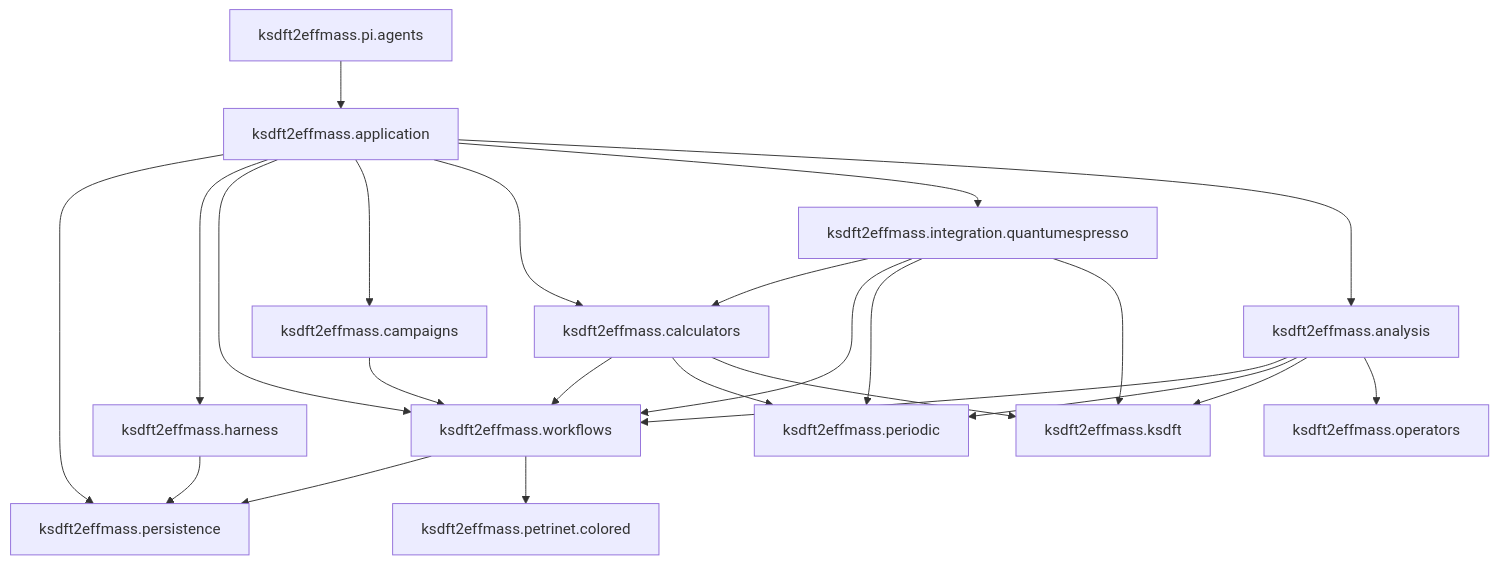
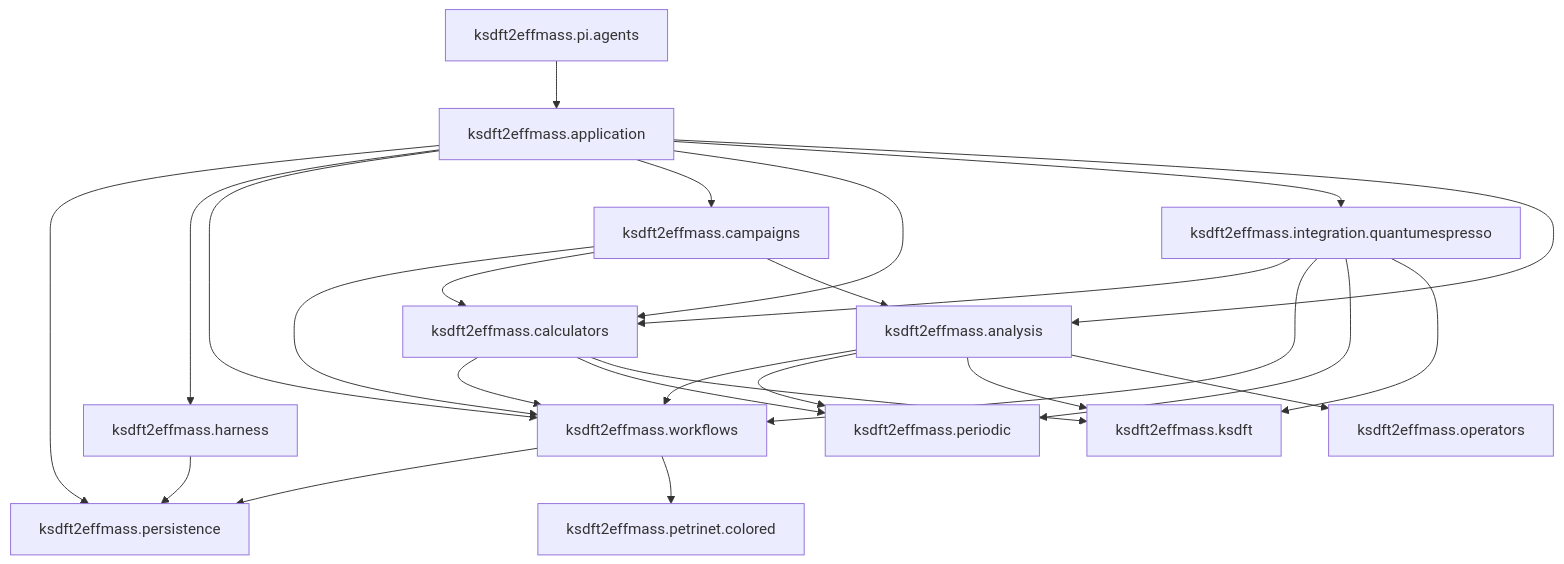
The diagram in docs/architecture/v2/repository-layout.md (eragasa/ksdft2effmass), drawn with Mermaid before and after one commit. The commit also changed other lines of this file and 29 other files, not shown here.

````diff
--- a/docs/architecture/v2/repository-layout.md
+++ b/docs/architecture/v2/repository-layout.md
@@ -89,28 +89,30 @@
 ```mermaid
 flowchart TD
     persistence["ksdft2effmass.persistence"]
     campaigns["ksdft2effmass.campaigns"] --> workflows["ksdft2effmass.workflows"]
+    campaigns --> calculators["ksdft2effmass.calculators"]
+    campaigns --> analysis["ksdft2effmass.analysis"]
     harness["ksdft2effmass.harness"] --> persistence
     workflows --> persistence
     workflows --> petrinet["ksdft2effmass.petrinet.colored"]
-    calculators["ksdft2effmass.calculators"] --> workflows
+    calculators --> workflows
     calculators --> periodic["ksdft2effmass.periodic"]
     calculators --> ksdft["ksdft2effmass.ksdft"]
     integration["ksdft2effmass.integration.quantumespresso"] --> calculators
     integration --> workflows
     integration --> periodic
     integration --> ksdft
     pi_agents["ksdft2effmass.pi.agents"] --> composition
     operators["ksdft2effmass.operators"]
-    analysis["ksdft2effmass.analysis"] --> workflows
+    analysis --> workflows
     analysis --> periodic
     analysis --> ksdft
     analysis --> operators
     composition["ksdft2effmass.application"] --> persistence
     composition --> harness
     composition --> workflows
     composition --> campaigns
     composition --> calculators
     composition --> integration
     composition --> analysis
 ```
````
